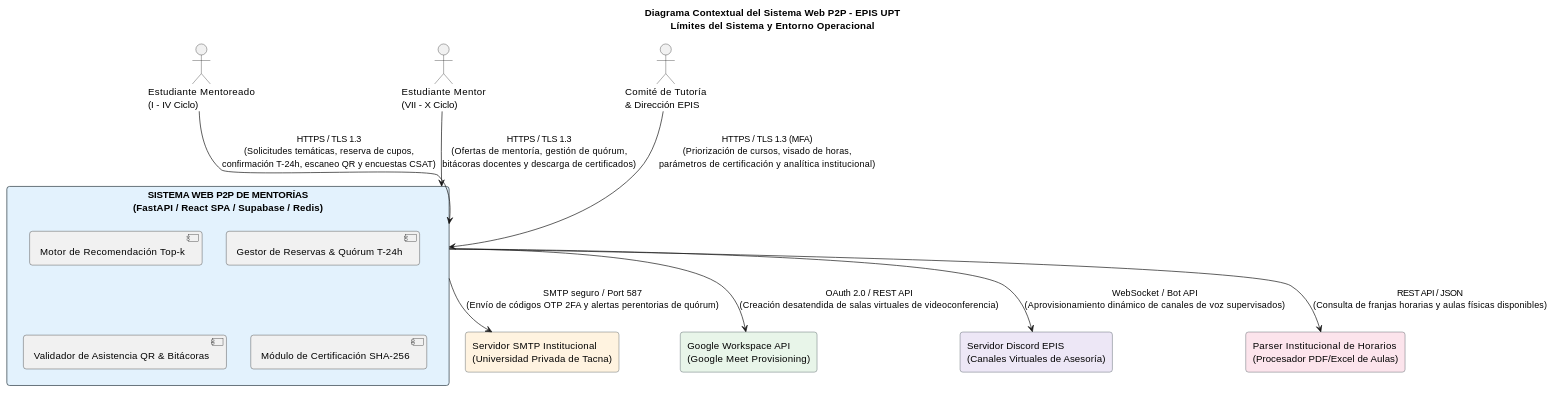
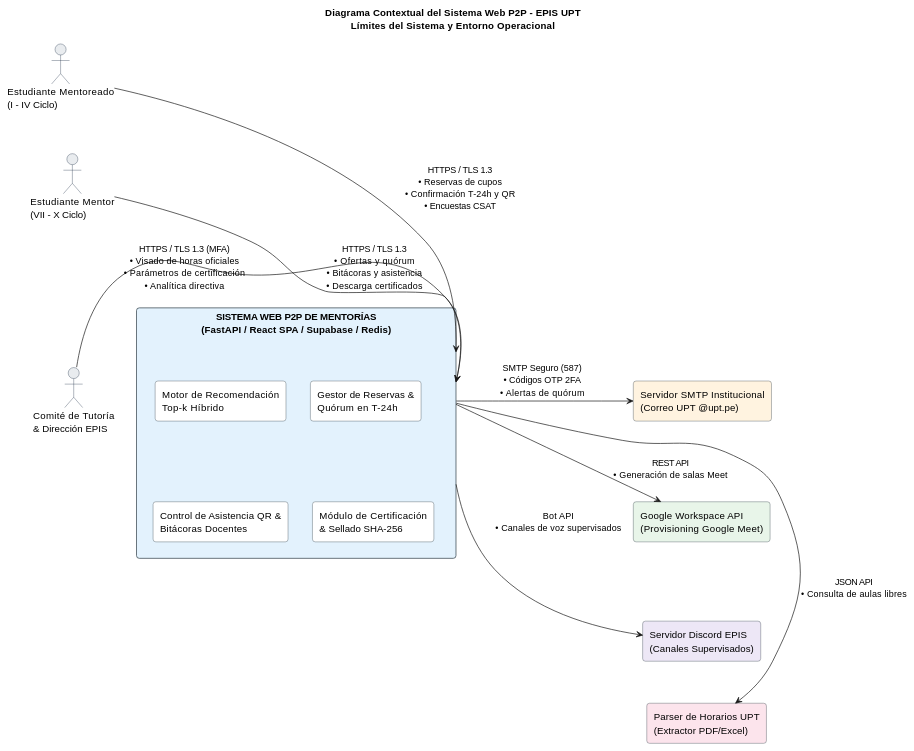
Before and after one commit to JMedina255/sistema_web_p2p: the seventh of 12 diagrams in docs/FD04-EPIS-Informe SAD de Proyecto.md, drawn with PlantUML. The commit also changed 1 other file, not shown here.

Commit message:
fix(docs): optimizar layout y relacion de aspecto de diagrama contextual en SAD y boveda general

````diff
--- a/docs/FD04-EPIS-Informe SAD de Proyecto.md
+++ b/docs/FD04-EPIS-Informe SAD de Proyecto.md
@@ -858,50 +858,68 @@
 ```plantuml
 @startuml
 title Diagrama Contextual del Sistema Web P2P - EPIS UPT\nLímites del Sistema y Entorno Operacional
 
 skinparam shadowing false
 skinparam roundcorner 8
 skinparam defaultFontName Arial
 skinparam fontSize 10
 
 skinparam rectangle {
     BackgroundColor #F8F9FA
     BorderColor #2B3A42
 }
 
-skinparam interface {
+skinparam actor {
     BackgroundColor #E9ECEF
     BorderColor #1D2D44
 }
 
-' Actores Humanos
-actor "Estudiante Mentoreado\n(I - IV Ciclo)" as Alumno
-actor "Estudiante Mentor\n(VII - X Ciclo)" as Mentor
-actor "Comité de Tutoría\n& Dirección EPIS" as Admin
-
-' Límite del Sistema Central
-rectangle "SISTEMA WEB P2P DE MENTORÍAS\n(FastAPI / React SPA / Supabase / Redis)" as Core #E3F2FD {
-    [Motor de Recomendación Top-k] as RecEngine
-    [Gestor de Reservas & Quórum T-24h] as QuorumEngine
-    [Validador de Asistencia QR & Bitácoras] as LogEngine
-    [Módulo de Certificación SHA-256] as CertEngine
+' ===================================================
+' COLUMNA IZQUIERDA: ACTORES HUMANOS
+' ===================================================
+together {
+    actor "Estudiante Mentoreado\n(I - IV Ciclo)" as Alumno
+    actor "Estudiante Mentor\n(VII - X Ciclo)" as Mentor
+    actor "Comité de Tutoría\n& Dirección EPIS" as Admin
 }
 
-' Sistemas Institucionales y Externos
-rectangle "Servidor SMTP Institucional\n(Universidad Privada de Tacna)" as SMTP #FFF3E0
-rectangle "Google Workspace API\n(Google Meet Provisioning)" as MeetAPI #E8F5E9
-rectangle "Servidor Discord EPIS\n(Canales Virtuales de Asesoría)" as DiscordBot #EDE7F6
-rectangle "Parser Institucional de Horarios\n(Procesador PDF/Excel de Aulas)" as Parser #FCE4EC
+Alumno -[hidden]down-> Mentor
+Mentor -[hidden]down-> Admin
 
-' Interacciones de Actores Humanos
-Alumno --> Core : HTTPS / TLS 1.3\n(Solicitudes temáticas, reserva de cupos,\nconfirmación T-24h, escaneo QR y encuestas CSAT)
-Mentor --> Core : HTTPS / TLS 1.3\n(Ofertas de mentoría, gestión de quórum,\nbitácoras docentes y descarga de certificados)
-Admin --> Core : HTTPS / TLS 1.3 (MFA)\n(Priorización de cursos, visado de horas,\nparámetros de certificación y analítica institucional)
+' ===================================================
+' COLUMNA CENTRAL: SISTEMA WEB P2P (NÚCLEO)
+' ===================================================
+rectangle "SISTEMA WEB P2P DE MENTORÍAS\n(FastAPI / React SPA / Supabase / Redis)" as Core #E3F2FD {
+    rectangle "Motor de Recomendación\nTop-k Híbrido" as RecEngine #FFFFFF
+    rectangle "Gestor de Reservas &\nQuórum en T-24h" as QuorumEngine #FFFFFF
+    rectangle "Control de Asistencia QR &\nBitácoras Docentes" as LogEngine #FFFFFF
+    rectangle "Módulo de Certificación\n& Sellado SHA-256" as CertEngine #FFFFFF
+}
 
-' Interacciones con Entidades Externas
-Core --> SMTP : SMTP seguro / Port 587\n(Envío de códigos OTP 2FA y alertas perentorias de quórum)
-Core --> MeetAPI : OAuth 2.0 / REST API\n(Creación desatendida de salas virtuales de videoconferencia)
-Core --> DiscordBot : WebSocket / Bot API\n(Aprovisionamiento dinámico de canales de voz supervisados)
-Core --> Parser : REST API / JSON\n(Consulta de franjas horarias y aulas físicas disponibles)
+' ===================================================
+' COLUMNA DERECHA: SISTEMAS EXTERNOS
+' ===================================================
+together {
+    rectangle "Servidor SMTP Institucional\n(Correo UPT @upt.pe)" as SMTP #FFF3E0
+    rectangle "Google Workspace API\n(Provisioning Google Meet)" as MeetAPI #E8F5E9
+    rectangle "Servidor Discord EPIS\n(Canales Supervisados)" as DiscordBot #EDE7F6
+    rectangle "Parser de Horarios UPT\n(Extractor PDF/Excel)" as Parser #FCE4EC
+}
+
+SMTP -[hidden]down-> MeetAPI
+MeetAPI -[hidden]down-> DiscordBot
+DiscordBot -[hidden]down-> Parser
+
+' ===================================================
+' INTERACCIONES
+' ===================================================
+Alumno -right-> Core : HTTPS / TLS 1.3\n• Reservas de cupos\n• Confirmación T-24h y QR\n• Encuestas CSAT
+Mentor -right-> Core : HTTPS / TLS 1.3\n• Ofertas y quórum\n• Bitácoras y asistencia\n• Descarga certificados
+Admin -right-> Core : HTTPS / TLS 1.3 (MFA)\n• Visado de horas oficiales\n• Parámetros de certificación\n• Analítica directiva
+
+Core -right-> SMTP : SMTP Seguro (587)\n• Códigos OTP 2FA\n• Alertas de quórum
+Core -right-> MeetAPI : REST API\n• Generación de salas Meet
+Core -right-> DiscordBot : Bot API\n• Canales de voz supervisados
+Core -right-> Parser : JSON API\n• Consulta de aulas libres
 @enduml
 ```
````
